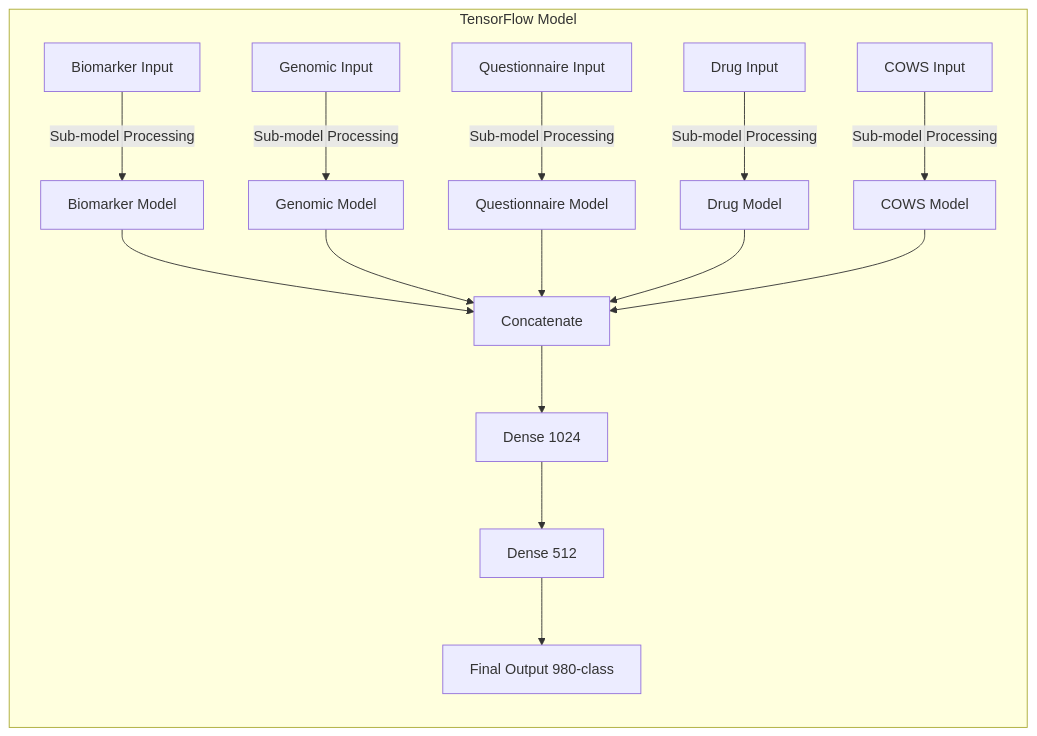
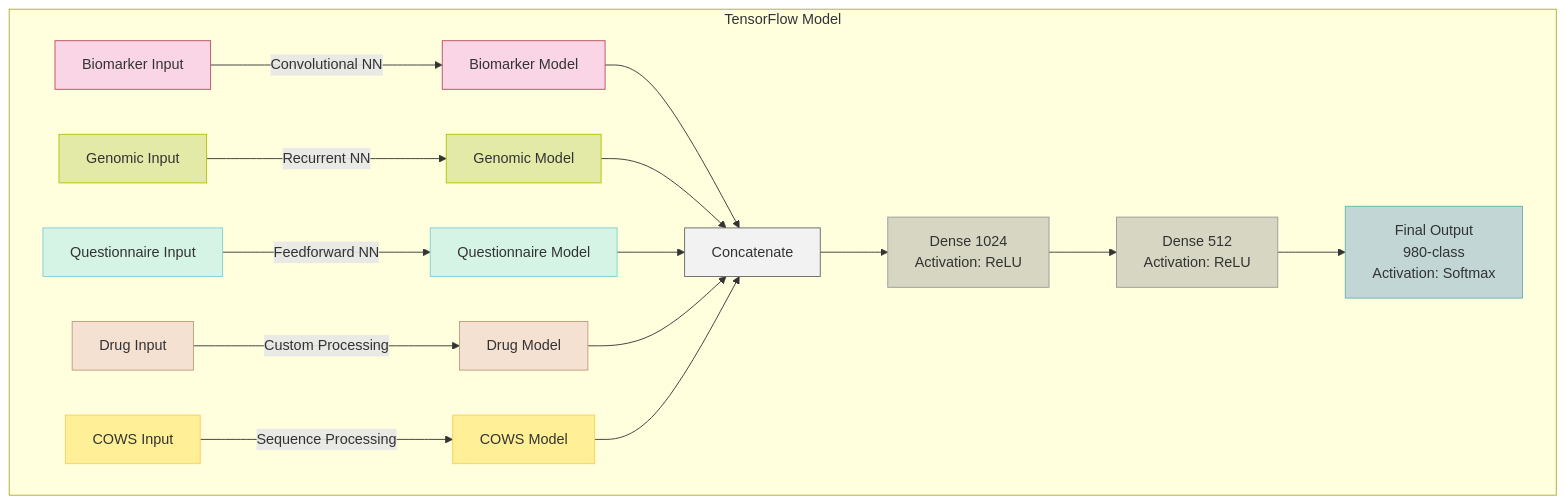
One commit to msftsecurityteam/renad changed the diagram in graph.md. Above: the diagram before and after it, drawn with Mermaid.

````diff
--- a/graph.md
+++ b/graph.md
@@ -1,35 +1,52 @@
 ```mermaid
-graph LR
-  BI[Biomarker Input] -->|Sub-model Processing| BM[Biomarker Model]
-  GI[Genomic Input] -->|Sub-model Processing| GM[Genomic Model]
-  QI[Questionnaire Input] -->|Sub-model Processing| QM[Questionnaire Model]
-  DI[Drug Input] -->|Sub-model Processing| DM[Drug Model]
-  CI[COWS Input] -->|Sub-model Processing| CM[COWS Model]
+graph TD
+  style BI fill:#f9d5e5,stroke:#b84a62
+  style GI fill:#e3eaa7,stroke:#b3c100
+  style QI fill:#d5f4e6,stroke:#80ced6
+  style DI fill:#f4e1d2,stroke:#be9b7b
+  style CI fill:#ffef96,stroke:#ffcc5c
+
+  style BM fill:#f9d5e5,stroke:#b84a62
+  style GM fill:#e3eaa7,stroke:#b3c100
+  style QM fill:#d5f4e6,stroke:#80ced6
+  style DM fill:#f4e1d2,stroke:#be9b7b
+  style CM fill:#ffef96,stroke:#ffcc5c
+
+  style C fill:#f2f2f2,stroke:#666
+  style D1 fill:#d6d6c2,stroke:#999
+  style D2 fill:#d6d6c2,stroke:#999
+  style FO fill:#c2d6d6,stroke:#66b2b2
+
+  BI[Biomarker Input] -->|Convolutional NN| BM[Biomarker Model]
+  GI[Genomic Input] -->|Recurrent NN| GM[Genomic Model]
+  QI[Questionnaire Input] -->|Feedforward NN| QM[Questionnaire Model]
+  DI[Drug Input] -->|Custom Processing| DM[Drug Model]
+  CI[COWS Input] -->|Sequence Processing| CM[COWS Model]
 
   BM --> C[Concatenate]
   GM --> C
   QM --> C
   DM --> C
   CM --> C
 
-  C --> D1[Dense 1024]
-  D1 --> D2[Dense 512]
-  D2 --> FO[Final Output 980-class]
+  C --> D1[Dense 1024\nActivation: ReLU]
+  D1 --> D2[Dense 512\nActivation: ReLU]
+  D2 --> FO[Final Output\n980-class\nActivation: Softmax]
 
   subgraph TensorFlow Model
       BI
       GI
       QI
       DI
       CI
       BM
       GM
       QM
       DM
       CM
       C
       D1
       D2
       FO
   end
 ```
````
